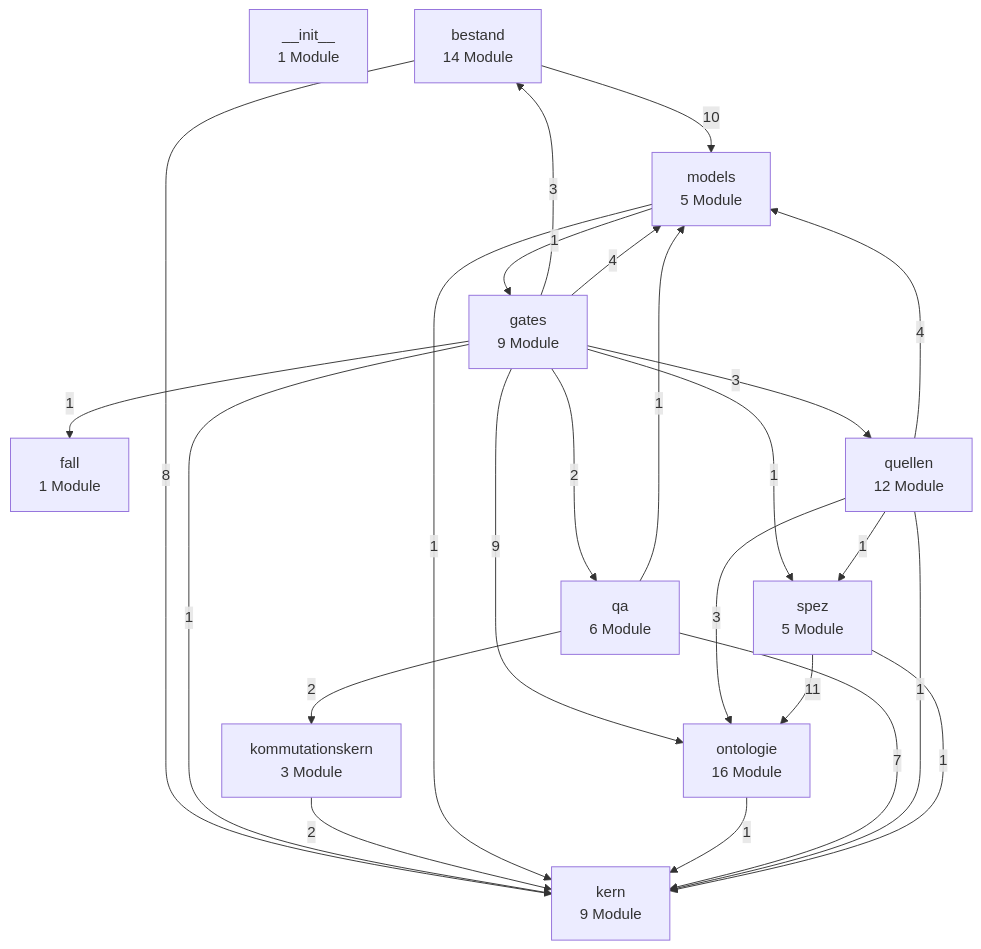
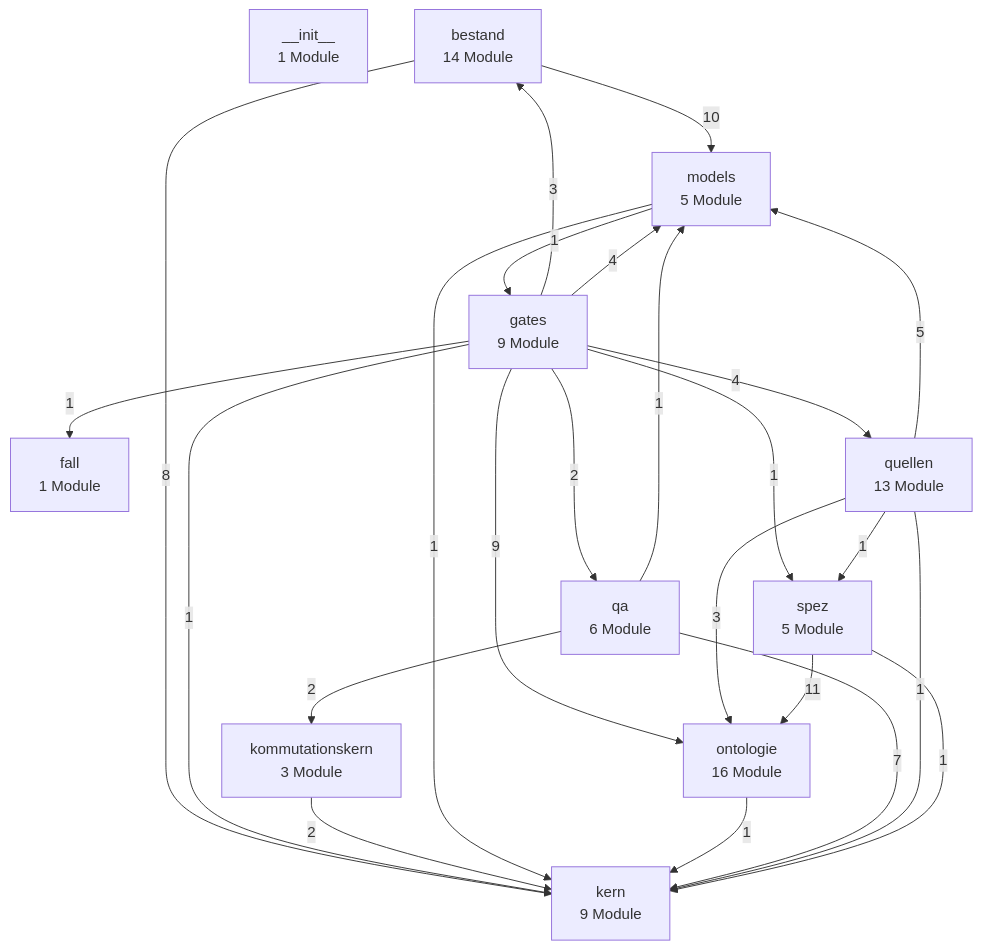
The first of 3 diagrams in docs/architektur/landkarte.md (bartlmac/rechner-pipeline), drawn with Mermaid before and after one commit. The commit also changed other lines of this file and 30 other files, not shown here.

````diff
--- a/docs/architektur/landkarte.md
+++ b/docs/architektur/landkarte.md
@@ -27,38 +27,38 @@
 ```mermaid
 %% Schichten — erzeugt von ontologie.landkarte
 flowchart TD
     n__init__["__init__<br/>1 Module"]
     bestand["bestand<br/>14 Module"]
     fall["fall<br/>1 Module"]
     gates["gates<br/>9 Module"]
     kern["kern<br/>9 Module"]
     kommutationskern["kommutationskern<br/>3 Module"]
     models["models<br/>5 Module"]
     ontologie["ontologie<br/>16 Module"]
     qa["qa<br/>6 Module"]
-    quellen["quellen<br/>12 Module"]
+    quellen["quellen<br/>13 Module"]
     spez["spez<br/>5 Module"]
     bestand -- 8 --> kern
     bestand -- 10 --> models
     gates -- 3 --> bestand
     gates -- 1 --> fall
     gates -- 1 --> kern
     gates -- 4 --> models
     gates -- 9 --> ontologie
     gates -- 2 --> qa
-    gates -- 3 --> quellen
+    gates -- 4 --> quellen
     gates -- 1 --> spez
     kommutationskern -- 2 --> kern
     models -- 1 --> gates
     models -- 1 --> kern
     ontologie -- 1 --> kern
     qa -- 7 --> kern
     qa -- 2 --> kommutationskern
     qa -- 1 --> models
     quellen -- 1 --> kern
-    quellen -- 4 --> models
+    quellen -- 5 --> models
     quellen -- 3 --> ontologie
     quellen -- 1 --> spez
     spez -- 1 --> kern
     spez -- 11 --> ontologie
 ```
````
